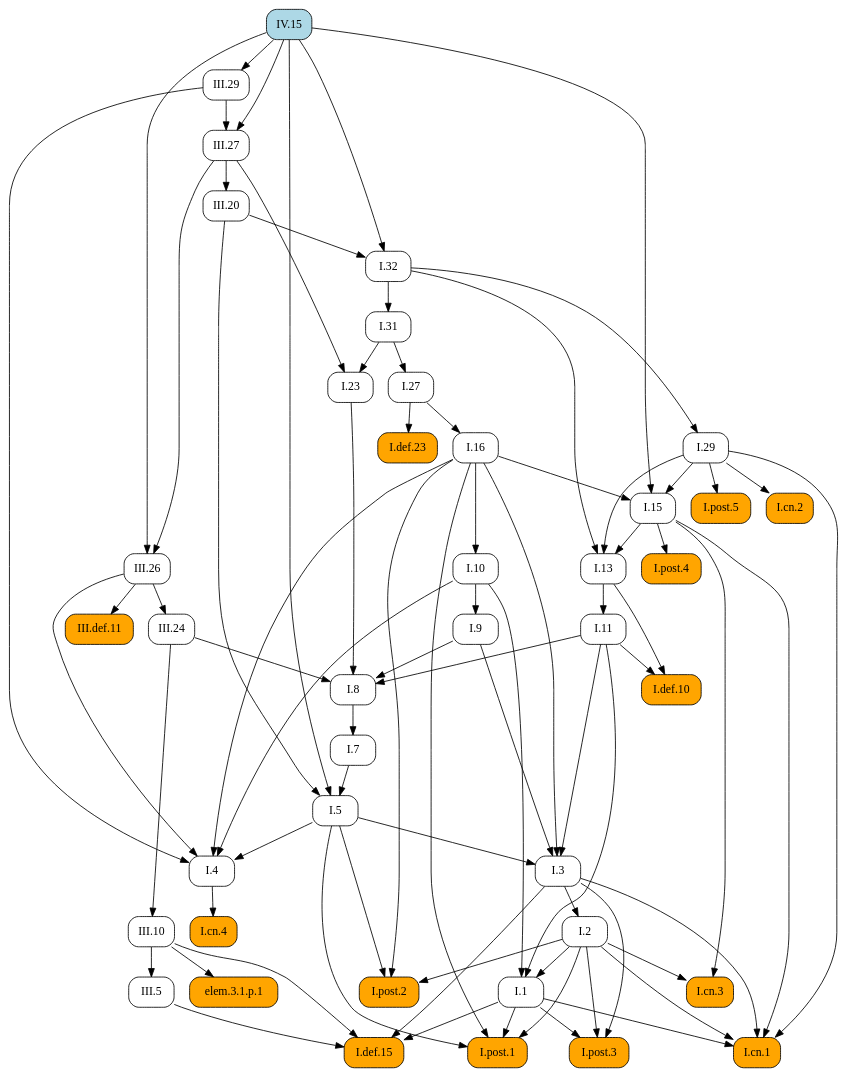
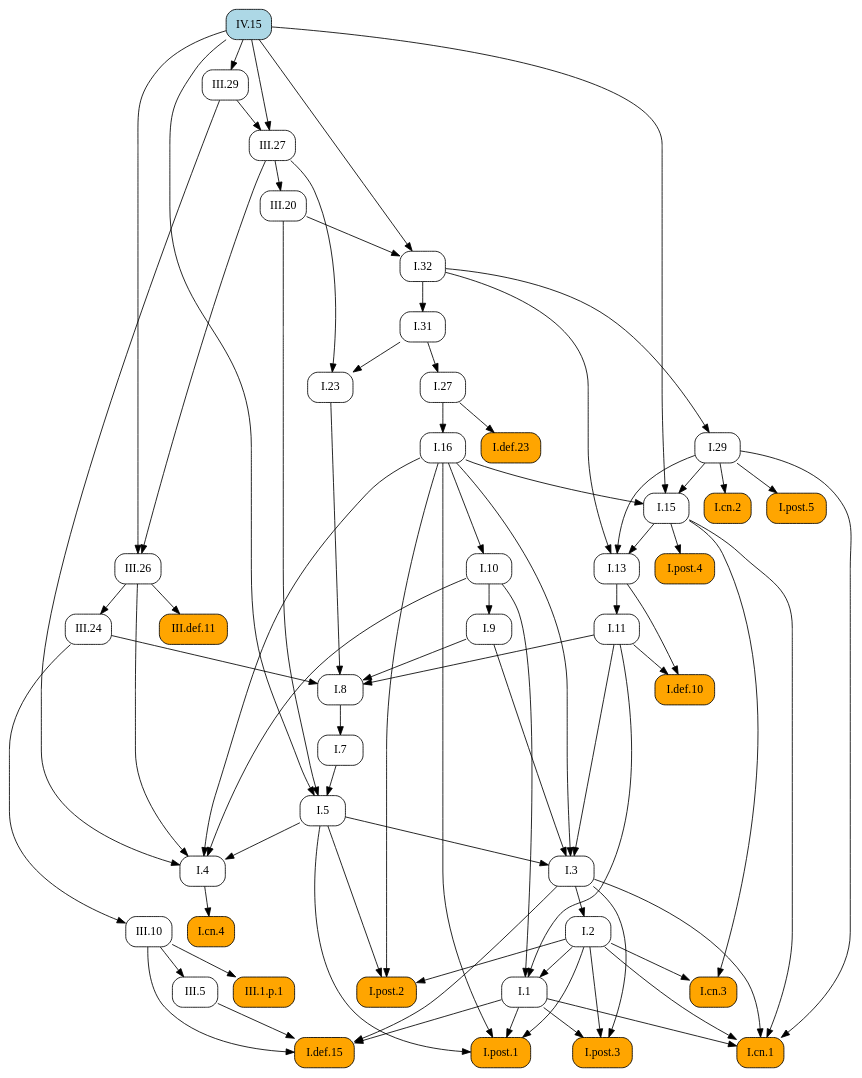
The diagram in docsrc/heath/IV/15/index.rst (geometor/elements), drawn with Graphviz before and after one commit. The commit also changed other lines of this file and 484 other files, not shown here.

```diff
--- a/docsrc/heath/IV/15/index.rst
+++ b/docsrc/heath/IV/15/index.rst
@@ -126,121 +134,121 @@
    digraph {
      rankdir="TB";
      node [shape=box, style=rounded];
+     "I.23" [URL="/heath/I/23/", target="_top"];
+     "I.9" [URL="/heath/I/9/", target="_top"];
+     "I.32" [URL="/heath/I/32/", target="_top"];
+     "III.24" [URL="/heath/III/24/", target="_top"];
+     "I.def.15" [style="rounded,filled", fillcolor=orange, URL="/heath/I/def.15/", target="_top"];
+     "III.def.11" [style="rounded,filled", fillcolor=orange, URL="/heath/III/def.11/", target="_top"];
+     "I.post.1" [style="rounded,filled", fillcolor=orange, URL="/heath/I/post.1/", target="_top"];
+     "I.post.3" [style="rounded,filled", fillcolor=orange, URL="/heath/I/post.3/", target="_top"];
+     "III.20" [URL="/heath/III/20/", target="_top"];
+     "III.10" [URL="/heath/III/10/", target="_top"];
+     "I.31" [URL="/heath/I/31/", target="_top"];
      "I.def.10" [style="rounded,filled", fillcolor=orange, URL="/heath/I/def.10/", target="_top"];
+     "I.27" [URL="/heath/I/27/", target="_top"];
+     "I.3" [URL="/heath/I/3/", target="_top"];
+     "III.5" [URL="/heath/III/5/", target="_top"];
+     "I.cn.1" [style="rounded,filled", fillcolor=orange, URL="/heath/I/cn.1/", target="_top"];
+     "I.7" [URL="/heath/I/7/", target="_top"];
+     "I.2" [URL="/heath/I/2/", target="_top"];
+     "III.27" [URL="/heath/III/27/", target="_top"];
+     "III.26" [URL="/heath/III/26/", target="_top"];
+     "I.13" [URL="/heath/I/13/", target="_top"];
+     "I.post.4" [style="rounded,filled", fillcolor=orange, URL="/heath/I/post.4/", target="_top"];
+     "I.4" [URL="/heath/I/4/", target="_top"];
+     "III.29" [URL="/heath/III/29/", target="_top"];
+     "I.1" [URL="/heath/I/1/", target="_top"];
+     "I.5" [URL="/heath/I/5/", target="_top"];
+     "I.8" [URL="/heath/I/8/", target="_top"];
+     "I.29" [URL="/heath/I/29/", target="_top"];
+     "I.cn.3" [style="rounded,filled", fillcolor=orange, URL="/heath/I/cn.3/", target="_top"];
+     "I.16" [URL="/heath/I/16/", target="_top"];
+     "I.15" [URL="/heath/I/15/", target="_top"];
+     "IV.15" [style="rounded,filled", fillcolor=lightblue, URL="/heath/IV/15/", target="_top"];
+     "I.10" [URL="/heath/I/10/", target="_top"];
      "I.11" [URL="/heath/I/11/", target="_top"];
-     "I.post.4" [style="rounded,filled", fillcolor=orange, URL="/heath/I/post.4/", target="_top"];
-     "I.1" [URL="/heath/I/1/", target="_top"];
-     "III.26" [URL="/heath/III/26/", target="_top"];
-     "I.29" [URL="/heath/I/29/", target="_top"];
-     "III.20" [URL="/heath/III/20/", target="_top"];
-     "elem.3.1.p.1" [style="rounded,filled", fillcolor=orange];
+     "I.def.23" [style="rounded,filled", fillcolor=orange, URL="/heath/I/def.23/", target="_top"];
+     "III.1.p.1" [style="rounded,filled", fillcolor=orange];
      "I.cn.2" [style="rounded,filled", fillcolor=orange, URL="/heath/I/cn.2/", target="_top"];
-     "III.def.11" [style="rounded,filled", fillcolor=orange, URL="/heath/III/def.11/", target="_top"];
-     "I.def.15" [style="rounded,filled", fillcolor=orange, URL="/heath/I/def.15/", target="_top"];
-     "I.post.3" [style="rounded,filled", fillcolor=orange, URL="/heath/I/post.3/", target="_top"];
-     "I.cn.1" [style="rounded,filled", fillcolor=orange, URL="/heath/I/cn.1/", target="_top"];
-     "I.cn.3" [style="rounded,filled", fillcolor=orange, URL="/heath/I/cn.3/", target="_top"];
-     "I.23" [URL="/heath/I/23/", target="_top"];
-     "III.29" [URL="/heath/III/29/", target="_top"];
-     "I.post.1" [style="rounded,filled", fillcolor=orange, URL="/heath/I/post.1/", target="_top"];
-     "III.24" [URL="/heath/III/24/", target="_top"];
-     "I.27" [URL="/heath/I/27/", target="_top"];
-     "I.7" [URL="/heath/I/7/", target="_top"];
-     "I.3" [URL="/heath/I/3/", target="_top"];
-     "I.2" [URL="/heath/I/2/", target="_top"];
-     "I.4" [URL="/heath/I/4/", target="_top"];
-     "I.def.23" [style="rounded,filled", fillcolor=orange, URL="/heath/I/def.23/", target="_top"];
-     "IV.15" [style="rounded,filled", fillcolor=lightblue, URL="/heath/IV/15/", target="_top"];
-     "I.13" [URL="/heath/I/13/", target="_top"];
+     "I.post.5" [style="rounded,filled", fillcolor=orange, URL="/heath/I/post.5/", target="_top"];
+     "I.cn.4" [style="rounded,filled", fillcolor=orange, URL="/heath/I/cn.4/", target="_top"];
      "I.post.2" [style="rounded,filled", fillcolor=orange, URL="/heath/I/post.2/", target="_top"];
-     "I.31" [URL="/heath/I/31/", target="_top"];
-     "I.16" [URL="/heath/I/16/", target="_top"];
-     "III.10" [URL="/heath/III/10/", target="_top"];
-     "I.9" [URL="/heath/I/9/", target="_top"];
-     "III.27" [URL="/heath/III/27/", target="_top"];
-     "I.32" [URL="/heath/I/32/", target="_top"];
-     "I.8" [URL="/heath/I/8/", target="_top"];
-     "I.cn.4" [style="rounded,filled", fillcolor=orange, URL="/heath/I/cn.4/", target="_top"];
-     "I.15" [URL="/heath/I/15/", target="_top"];
-     "I.post.5" [style="rounded,filled", fillcolor=orange, URL="/heath/I/post.5/", target="_top"];
-     "I.10" [URL="/heath/I/10/", target="_top"];
-     "I.5" [URL="/heath/I/5/", target="_top"];
-     "III.5" [URL="/heath/III/5/", target="_top"];
-     "I.11" -> "I.def.10";
-     "I.13" -> "I.def.10";
-     "I.13" -> "I.11";
-     "I.15" -> "I.post.4";
-     "I.2" -> "I.1";
-     "I.10" -> "I.1";
-     "I.11" -> "I.1";
-     "III.27" -> "III.26";
-     "IV.15" -> "III.26";
-     "I.32" -> "I.29";
-     "III.27" -> "III.20";
-     "III.10" -> "elem.3.1.p.1";
-     "I.29" -> "I.cn.2";
-     "III.26" -> "III.def.11";
+     "I.31" -> "I.23";
+     "III.27" -> "I.23";
+     "I.10" -> "I.9";
+     "III.20" -> "I.32";
+     "IV.15" -> "I.32";
+     "III.26" -> "III.24";
      "I.1" -> "I.def.15";
      "I.3" -> "I.def.15";
      "III.5" -> "I.def.15";
      "III.10" -> "I.def.15";
+     "III.26" -> "III.def.11";
+     "I.1" -> "I.post.1";
+     "I.2" -> "I.post.1";
+     "I.5" -> "I.post.1";
+     "I.16" -> "I.post.1";
      "I.1" -> "I.post.3";
      "I.2" -> "I.post.3";
      "I.3" -> "I.post.3";
+     "III.27" -> "III.20";
+     "III.24" -> "III.10";
+     "I.32" -> "I.31";
+     "I.11" -> "I.def.10";
+     "I.13" -> "I.def.10";
+     "I.31" -> "I.27";
+     "I.5" -> "I.3";
+     "I.9" -> "I.3";
+     "I.11" -> "I.3";
+     "I.16" -> "I.3";
+     "III.10" -> "III.5";
      "I.1" -> "I.cn.1";
      "I.2" -> "I.cn.1";
      "I.3" -> "I.cn.1";
      "I.15" -> "I.cn.1";
      "I.29" -> "I.cn.1";
-     "I.2" -> "I.cn.3";
-     "I.15" -> "I.cn.3";
-     "I.31" -> "I.23";
-     "III.27" -> "I.23";
-     "IV.15" -> "III.29";
-     "I.1" -> "I.post.1";
-     "I.2" -> "I.post.1";
-     "I.5" -> "I.post.1";
-     "I.16" -> "I.post.1";
-     "III.26" -> "III.24";
-     "I.31" -> "I.27";
      "I.8" -> "I.7";
-     "I.5" -> "I.3";
-     "I.9" -> "I.3";
-     "I.11" -> "I.3";
-     "I.16" -> "I.3";
      "I.3" -> "I.2";
+     "III.29" -> "III.27";
+     "IV.15" -> "III.27";
+     "III.27" -> "III.26";
+     "IV.15" -> "III.26";
+     "I.15" -> "I.13";
+     "I.29" -> "I.13";
+     "I.32" -> "I.13";
+     "I.15" -> "I.post.4";
      "I.5" -> "I.4";
      "I.10" -> "I.4";
      "I.16" -> "I.4";
      "III.26" -> "I.4";
      "III.29" -> "I.4";
-     "I.27" -> "I.def.23";
-     "I.15" -> "I.13";
-     "I.29" -> "I.13";
-     "I.32" -> "I.13";
-     "I.2" -> "I.post.2";
-     "I.5" -> "I.post.2";
-     "I.16" -> "I.post.2";
-     "I.32" -> "I.31";
-     "I.27" -> "I.16";
-     "III.24" -> "III.10";
-     "I.10" -> "I.9";
-     "III.29" -> "III.27";
-     "IV.15" -> "III.27";
-     "III.20" -> "I.32";
-     "IV.15" -> "I.32";
+     "IV.15" -> "III.29";
+     "I.2" -> "I.1";
+     "I.10" -> "I.1";
+     "I.11" -> "I.1";
+     "I.7" -> "I.5";
+     "III.20" -> "I.5";
+     "IV.15" -> "I.5";
      "I.9" -> "I.8";
      "I.11" -> "I.8";
      "I.23" -> "I.8";
      "III.24" -> "I.8";
-     "I.4" -> "I.cn.4";
+     "I.32" -> "I.29";
+     "I.2" -> "I.cn.3";
+     "I.15" -> "I.cn.3";
+     "I.27" -> "I.16";
      "I.16" -> "I.15";
      "I.29" -> "I.15";
      "IV.15" -> "I.15";
+     "I.16" -> "I.10";
+     "I.13" -> "I.11";
+     "I.27" -> "I.def.23";
+     "III.10" -> "III.1.p.1";
+     "I.29" -> "I.cn.2";
      "I.29" -> "I.post.5";
-     "I.16" -> "I.10";
-     "I.7" -> "I.5";
-     "III.20" -> "I.5";
-     "IV.15" -> "I.5";
-     "III.10" -> "III.5";
+     "I.4" -> "I.cn.4";
+     "I.2" -> "I.post.2";
+     "I.5" -> "I.post.2";
+     "I.16" -> "I.post.2";
    }
```
